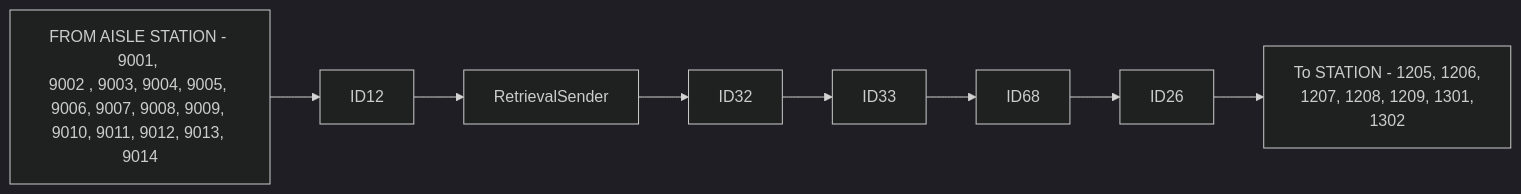
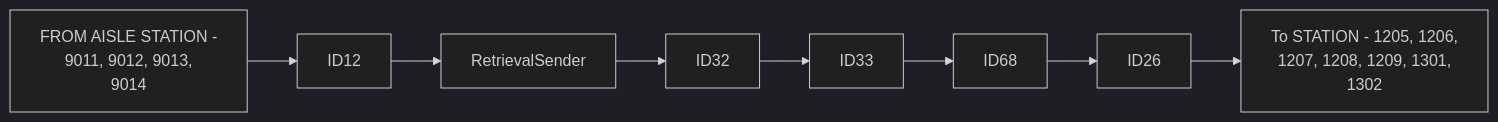
The first of 10 diagrams in Basic-Design/DFD-WMS/Retrieval/Planned-Retrieval-to-OP-Area-(PKG).md (luthfiadityaa/SimeDarby-Wiki), drawn with Mermaid (dark theme) before and after one commit.

Commit message:
Updated Planned Retrieval to OP Area (PKG)

```diff
--- a/Basic-Design/DFD-WMS/Retrieval/Planned-Retrieval-to-OP-Area-(PKG).md
+++ b/Basic-Design/DFD-WMS/Retrieval/Planned-Retrieval-to-OP-Area-(PKG).md
@@ -11,11 +11,9 @@
 ::: mermaid
 flowchart LR
   
-P1[FROM AISLE STATION - 9001, 
-9002 , 9003, 9004, 9005, 
-9006, 9007, 9008, 9009, 
-9010, 9011, 9012, 9013, 
+P1[FROM AISLE STATION - 
+9011, 9012, 9013, 
 9014]-->P21[ID12]-->P2[RetrievalSender]-->P3[ID32]-->P4[ID33]-->P6[ID68]-->P7[ID26]-->P8[To STATION - 1205, 1206, 
 1207, 1208, 1209, 1301, 
 1302] 
 :::
```
